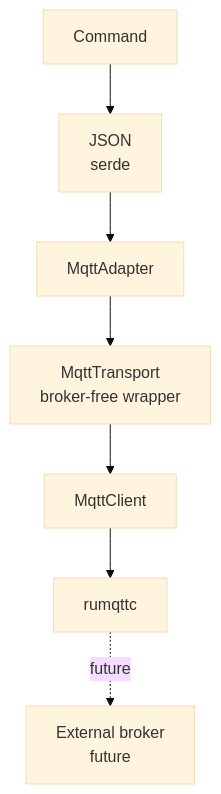
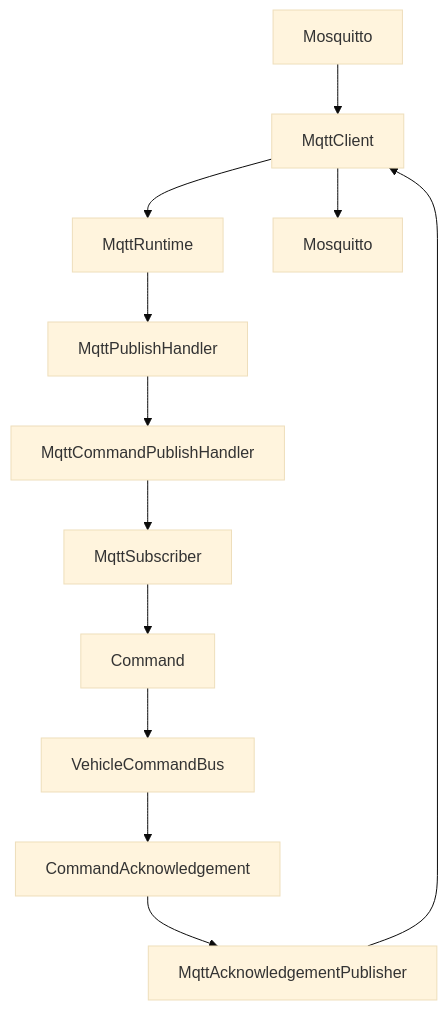
One commit to johnwhitton/ford-infotainment changed the second of 4 diagrams in docs/coding/DESIGN.md. Above: the diagram before and after it, drawn with Mermaid (base theme). The commit also changed other lines of this file and 5 other files, not shown here.

````diff
--- a/docs/coding/DESIGN.md
+++ b/docs/coding/DESIGN.md
@@ -378,17 +407,26 @@
 ```mermaid
 flowchart TD
+    BrokerIn["Mosquitto"]
+    Client["MqttClient"]
+    Runtime["MqttRuntime"]
+    Handler["MqttPublishHandler"]
+    CommandHandler["MqttCommandPublishHandler"]
+    Subscriber["MqttSubscriber"]
     Command["Command"]
-    Json["JSON<br/>serde"]
-    Adapter["MqttAdapter"]
-    Transport["MqttTransport<br/>broker-free wrapper"]
-    Client["MqttClient"]
-    Rumqttc["rumqttc"]
-    Broker["External broker<br/>future"]
+    Bus["VehicleCommandBus"]
+    Ack["CommandAcknowledgement"]
+    AckPublisher["MqttAcknowledgementPublisher"]
+    BrokerOut["Mosquitto"]
 
-    Command --> Json
-    Json --> Adapter
-    Adapter --> Transport
-    Transport --> Client
-    Client --> Rumqttc
-    Rumqttc -. future .-> Broker
+    BrokerIn --> Client
+    Client --> Runtime
+    Runtime --> Handler
+    Handler --> CommandHandler
+    CommandHandler --> Subscriber
+    Subscriber --> Command
+    Command --> Bus
+    Bus --> Ack
+    Ack --> AckPublisher
+    AckPublisher --> Client
+    Client --> BrokerOut
 ```
````
